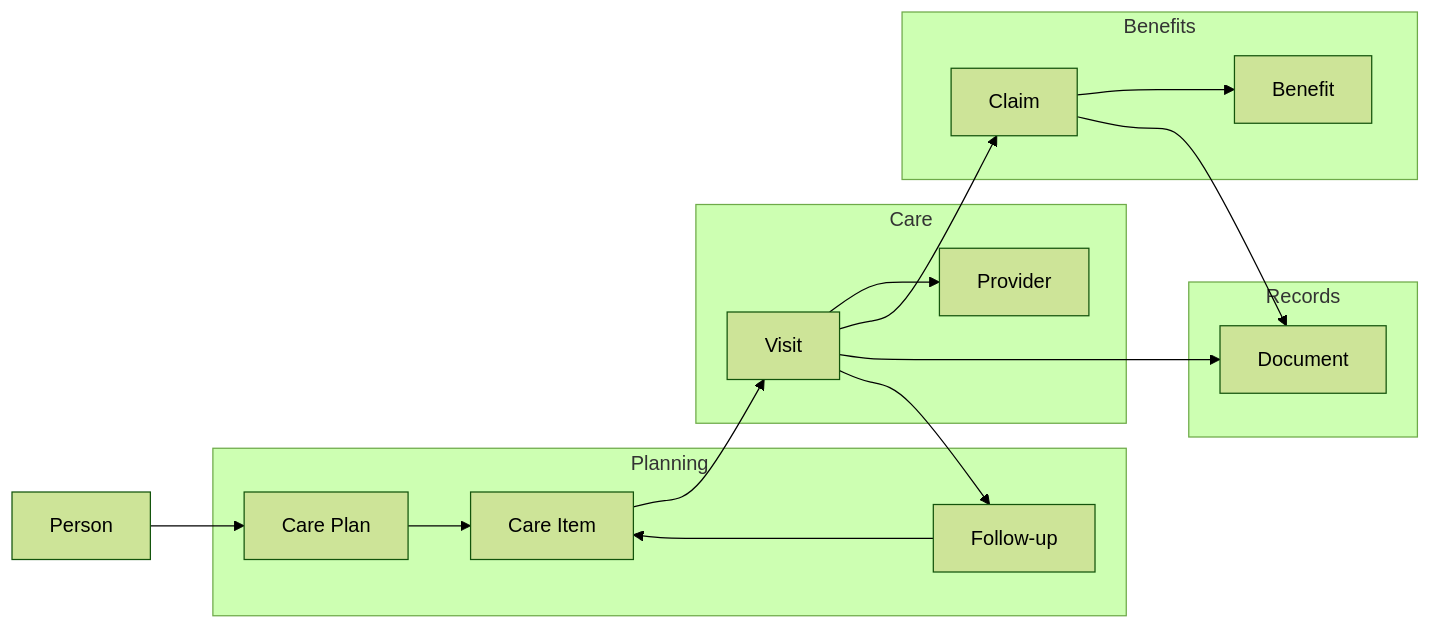
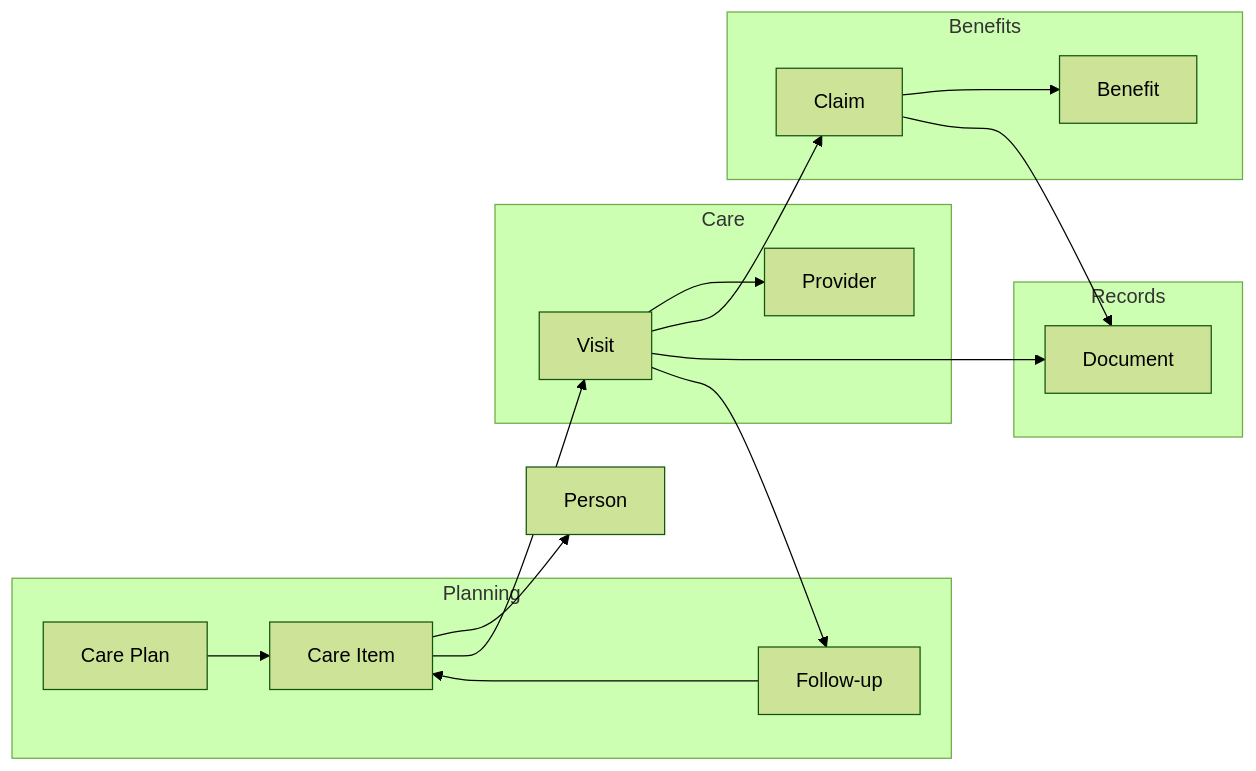
One commit to yourtoolshq/everyday changed the sixth of 6 diagrams in docs/DOMAIN.md. Above: the diagram before and after it, drawn with Mermaid (forest theme). The commit also changed other lines of this file and 23 other files, not shown here.

Commit message:
Build care plan planning workflow

````diff
--- a/docs/DOMAIN.md
+++ b/docs/DOMAIN.md
@@ -572,39 +573,39 @@
 ```mermaid
 flowchart LR
     Person[Person]
 
     subgraph Planning
         CarePlan[Care Plan]
         CareItem[Care Item]
         FollowUp[Follow-up]
     end
 
     subgraph Care
         Visit[Visit]
         Provider[Provider]
     end
 
     subgraph Benefits
         Benefit[Benefit]
         Claim[Claim]
     end
 
     subgraph Records
         Document[Document]
     end
 
-    Person --> CarePlan
     CarePlan --> CareItem
+    CareItem --> Person
 
     CareItem --> Visit
     Visit --> Provider
 
     Visit --> Claim
     Claim --> Benefit
 
     Visit --> Document
     Claim --> Document
 
     Visit --> FollowUp
     FollowUp --> CareItem
 ```
````
